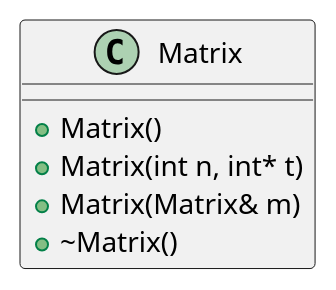
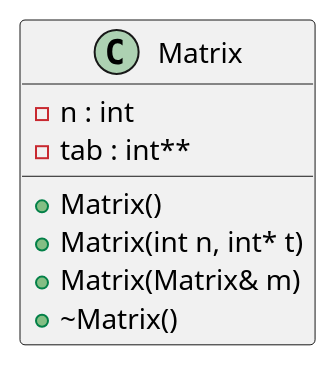
One commit to kluchoo/Matrix changed the diagram in inline_umlgraph_pnghtml.pu. Above: the diagram before and after it, drawn with PlantUML. The commit also changed 21 other files, not shown here.

```diff
--- a/inline_umlgraph_pnghtml.pu
+++ b/inline_umlgraph_pnghtml.pu
@@ -1,9 +1,11 @@
 @startuml inline_umlgraph_1.png
 class Matrix {
+-n : int
+-tab : int**
 +Matrix()
 +Matrix(int n, int* t)
 +Matrix(Matrix& m)
 +~Matrix()
 
 }
 @enduml
```
